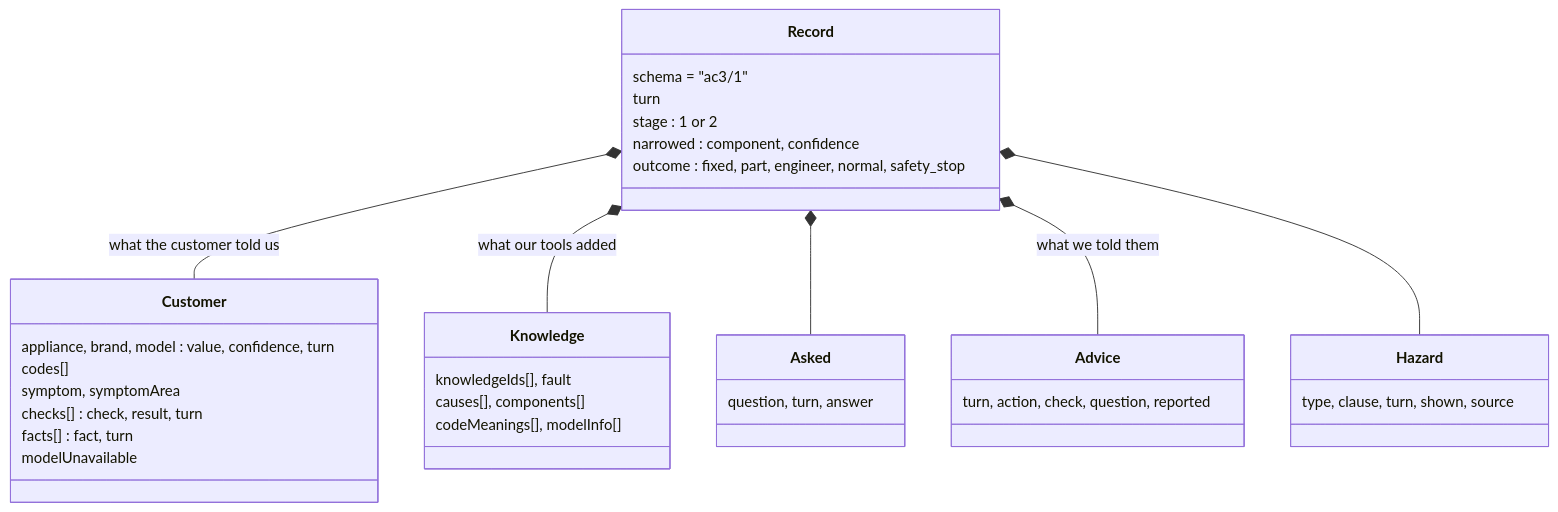
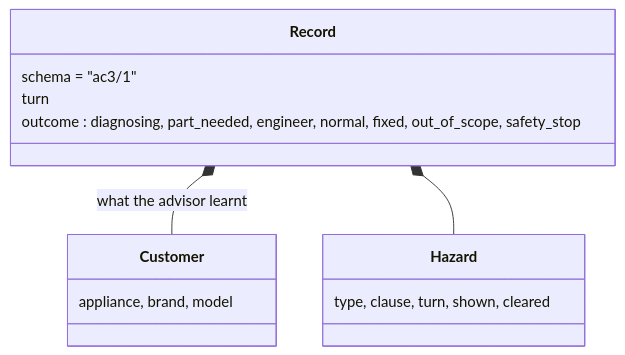
The third of 4 diagrams in docs/architecture/overview.md (timdodgson/appliance-clinic), drawn with Mermaid before and after one commit. The commit also changed other lines of this file and 10362 other files, not shown here.

````diff
--- a/docs/architecture/overview.md
+++ b/docs/architecture/overview.md
@@ -111,31 +100,12 @@
 ```mermaid
 classDiagram
   class Record {
     schema = "ac3/1"
     turn
-    stage : 1 or 2
-    narrowed : component, confidence
-    outcome : fixed, part, engineer, normal, safety_stop
+    outcome : diagnosing, part_needed, engineer, normal, fixed, out_of_scope, safety_stop
   }
-  class Customer {
-    appliance, brand, model : value, confidence, turn
-    codes[]
-    symptom, symptomArea
-    checks[] : check, result, turn
-    facts[] : fact, turn
-    modelUnavailable
-  }
-  class Knowledge {
-    knowledgeIds[], fault
-    causes[], components[]
-    codeMeanings[], modelInfo[]
-  }
-  class Asked { question, turn, answer }
-  class Advice { turn, action, check, question, reported }
-  class Hazard { type, clause, turn, shown, source }
-  Record *-- Customer : what the customer told us
-  Record *-- Knowledge : what our tools added
-  Record *-- Asked
-  Record *-- Advice : what we told them
+  class Customer { appliance, brand, model }
+  class Hazard { type, clause, turn, shown, cleared }
+  Record *-- Customer : what the advisor learnt
   Record *-- Hazard
 ```
````
